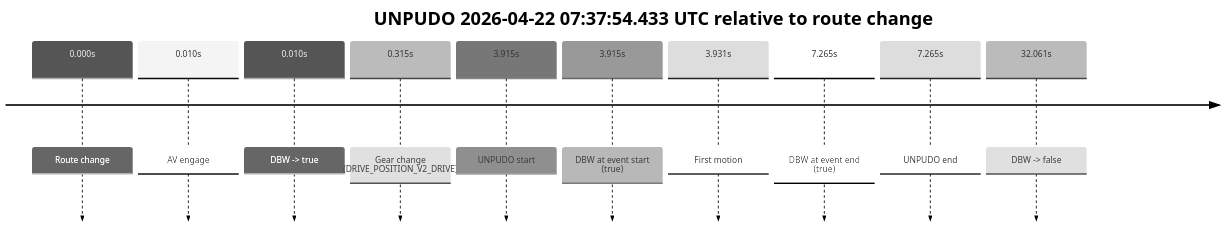
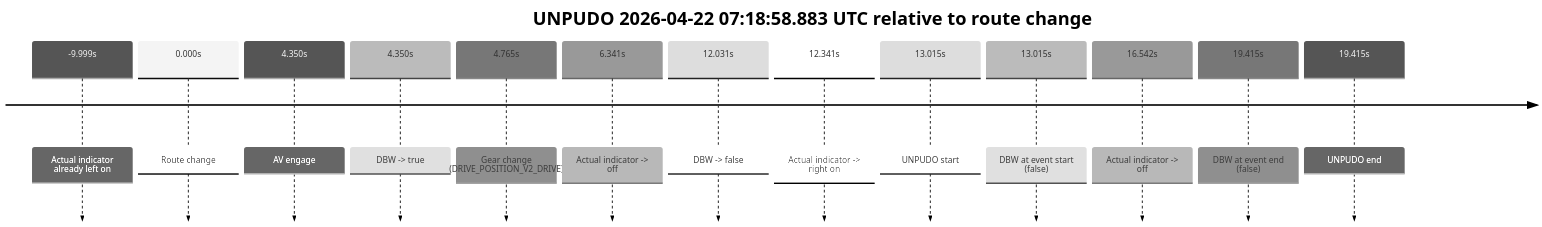
The eighth of 11 diagrams in model_analysis/report_cards/2026/04/Week-4/fme20030--2026-04-22--06-09-20--gen2-av-c27c49e5-a980-4763-9814-f0b74abf9699.md (yoelshapiro/vault), drawn with Mermaid (neutral theme) before and after one commit. The commit also changed other lines of this file and 53 other files, not shown here.

````diff
--- a/model_analysis/report_cards/2026/04/Week-4/fme20030--2026-04-22--06-09-20--gen2-av-c27c49e5-a980-4763-9814-f0b74abf9699.md
+++ b/model_analysis/report_cards/2026/04/Week-4/fme20030--2026-04-22--06-09-20--gen2-av-c27c49e5-a980-4763-9814-f0b74abf9699.md
@@ -726,14 +719,17 @@
 ```mermaid
 timeline
-    title UNPUDO 2026-04-22 07:37:54.433 UTC relative to route change
+    title UNPUDO 2026-04-22 07:18:58.883 UTC relative to route change
+    -9.999s : Actual indicator already left on
     0.000s : Route change
-    0.010s : AV engage
-    0.010s : DBW -> true
-    0.315s : Gear change (DRIVE_POSITION_V2_DRIVE)
-    3.915s : UNPUDO start
-    3.915s : DBW at event start (true)
-    3.931s : First motion
-    7.265s : DBW at event end (true)
-    7.265s : UNPUDO end
-    32.061s : DBW -> false
+    4.350s : AV engage
+    4.350s : DBW -> true
+    4.765s : Gear change (DRIVE_POSITION_V2_DRIVE)
+    6.341s : Actual indicator -> off
+    12.031s : DBW -> false
+    12.341s : Actual indicator -> right on
+    13.015s : UNPUDO start
+    13.015s : DBW at event start (false)
+    16.542s : Actual indicator -> off
+    19.415s : DBW at event end (false)
+    19.415s : UNPUDO end
 ```
````
